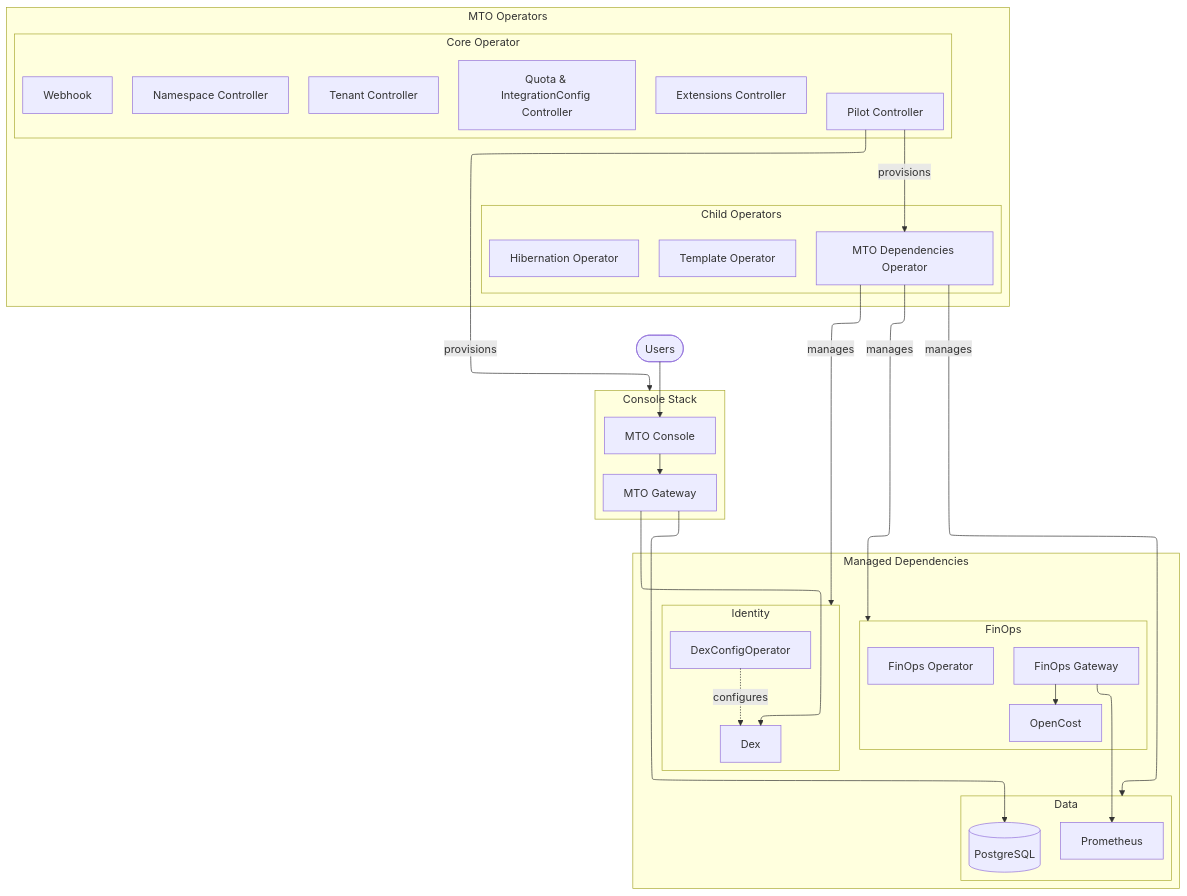
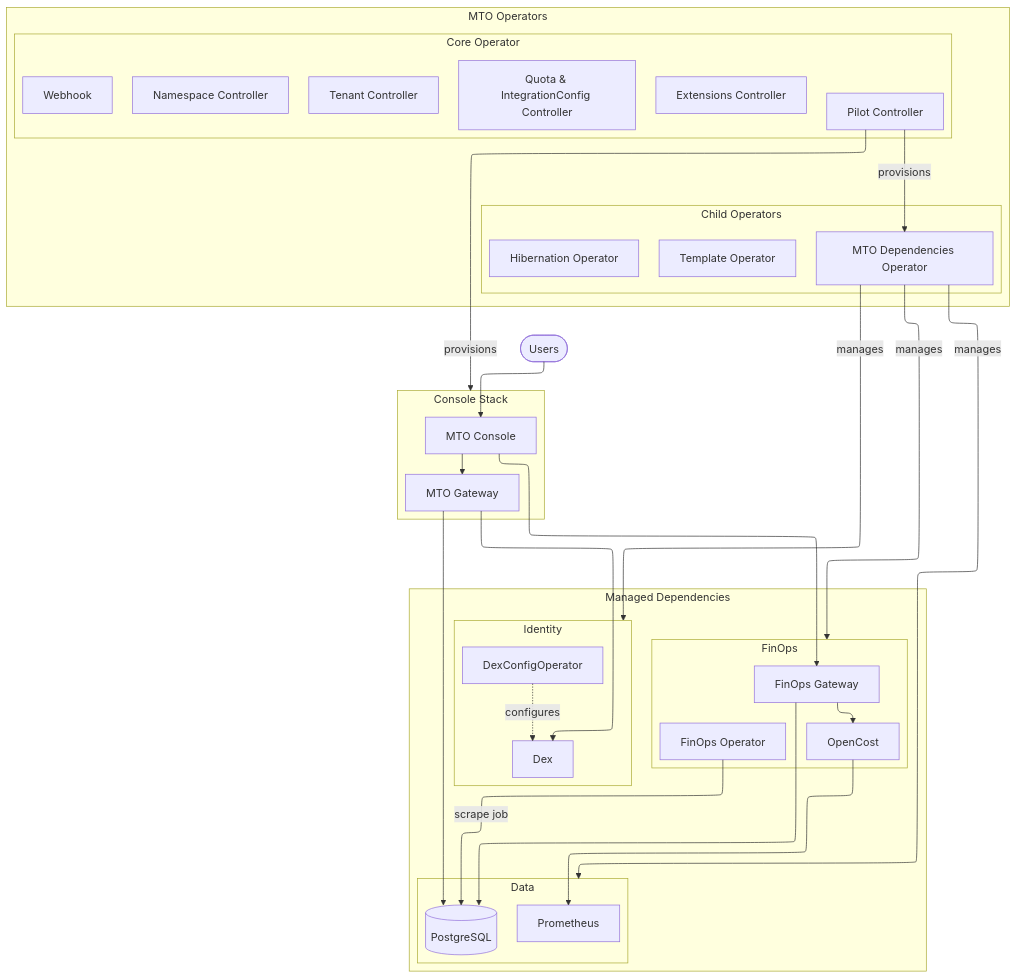
Before and after one commit to stakater/mto-docs: the diagram in content/architecture/architecture.md, drawn with Mermaid.

Commit message:
update diagram

````diff
--- a/content/architecture/architecture.md
+++ b/content/architecture/architecture.md
@@ -9,67 +9,70 @@
 ```mermaid
 ---
 config:
   layout: elk
   theme: default
 ---
 flowchart TB
     Users(["Users"])
 
     subgraph Operators["MTO Operators"]
         direction LR
         subgraph CoreOp["Core Operator"]
             direction TB
             TC["Tenant Controller"]
             NC["Namespace Controller"]
             EC["Extensions Controller"]
             QIC["Quota & IntegrationConfig Controller"]
             PC["Pilot Controller"]
             WH["Webhook"]
         end
         subgraph ChildOps["Child Operators"]
             direction TB
             TmplOp["Template Operator"]
             HibOp["Hibernation Operator"]
             DepsOp["MTO Dependencies Operator"]
         end
     end
 
     subgraph ConsoleStack["Console Stack"]
         direction LR
         MC["MTO Console"]
         MG["MTO Gateway"]
     end
 
     subgraph Managed["Managed Dependencies"]
         direction TB
         subgraph Identity["Identity"]
             direction LR
             DX["Dex"]
             DCO["DexConfigOperator"]
         end
         subgraph FinOps["FinOps"]
             direction LR
             FO["FinOps Operator"]
             FG["FinOps Gateway"]
             OC["OpenCost"]
         end
         subgraph Data["Data"]
             direction LR
             PG[("PostgreSQL")]
             PR["Prometheus"]
         end
     end
 
     Users --> MC
     PC -- provisions --> ConsoleStack
     PC -- provisions --> DepsOp
     DepsOp -- manages --> Identity
     DepsOp -- manages --> FinOps
     DepsOp -- manages --> Data
     MC --> MG
+    MC --> FG
     MG --> PG
     MG --> DX
     FG --> OC
-    FG --> PR
+    FG --> PG
+    OC --> PR
+    FO -- scrape job --> PG
     DCO -. configures .-> DX
 ```
````
